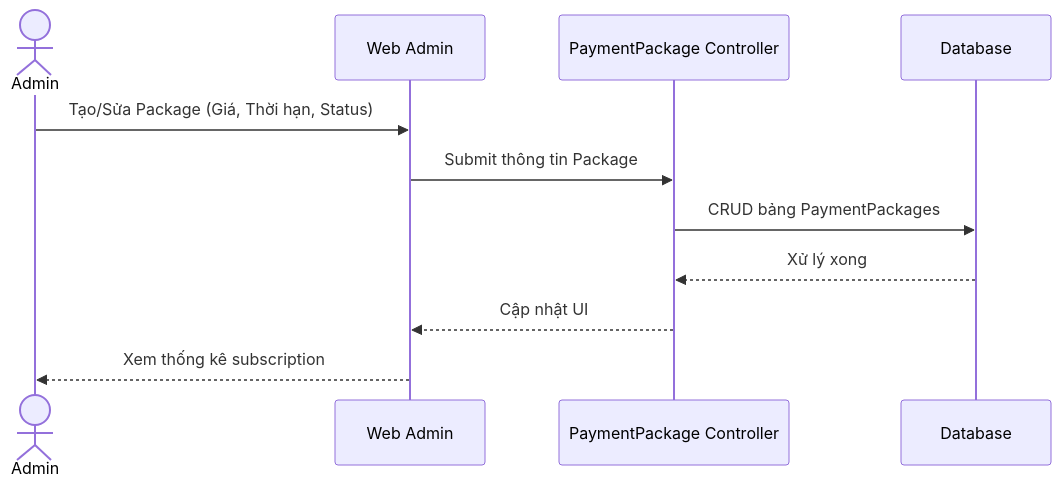
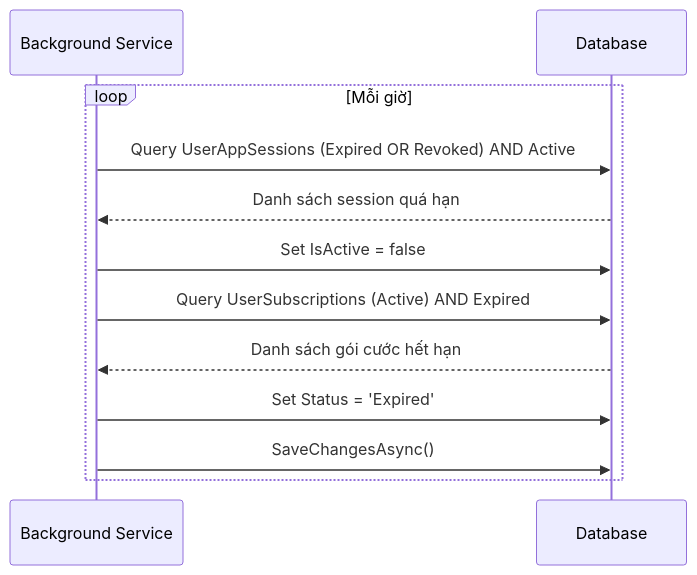
The tenth of 11 diagrams in system_sequence_diagrams.md (CuongNguyen-0712/AudioLife), drawn with Mermaid before and after one commit. The commit also changed other lines of this file and 392 other files, not shown here.

````diff
--- a/system_sequence_diagrams.md
+++ b/system_sequence_diagrams.md
@@ -225,14 +238,17 @@
 ```mermaid
 sequenceDiagram
-    actor Admin
-    participant Web as Web Admin
-    participant PkgCtrl as PaymentPackage Controller
+    participant Cron as Background Service
     participant DB as Database
     
-    Admin->>Web: Tạo/Sửa Package (Giá, Thời hạn, Status)
-    Web->>PkgCtrl: Submit thông tin Package
-    PkgCtrl->>DB: CRUD bảng PaymentPackages
-    DB-->>PkgCtrl: Xử lý xong
-    PkgCtrl-->>Web: Cập nhật UI
-    Web-->>Admin: Xem thống kê subscription
+    loop Mỗi giờ
+        Cron->>DB: Query UserAppSessions (Expired OR Revoked) AND Active
+        DB-->>Cron: Danh sách session quá hạn
+        Cron->>DB: Set IsActive = false
+        
+        Cron->>DB: Query UserSubscriptions (Active) AND Expired
+        DB-->>Cron: Danh sách gói cước hết hạn
+        Cron->>DB: Set Status = 'Expired'
+        
+        Cron->>DB: SaveChangesAsync()
+    end
 ```
````
